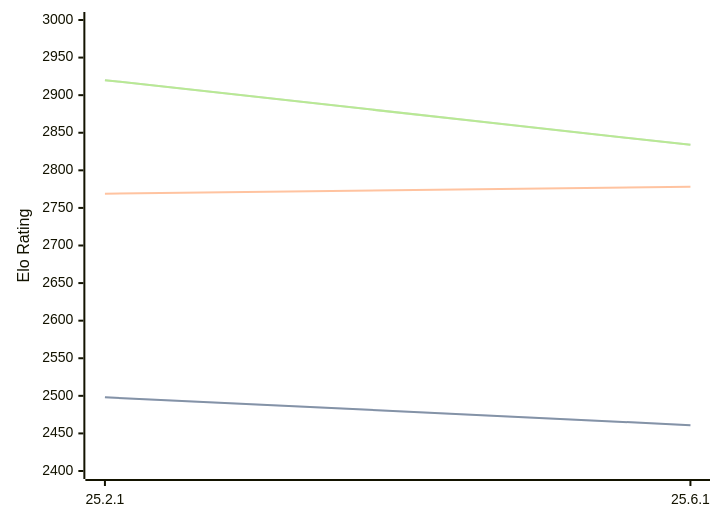
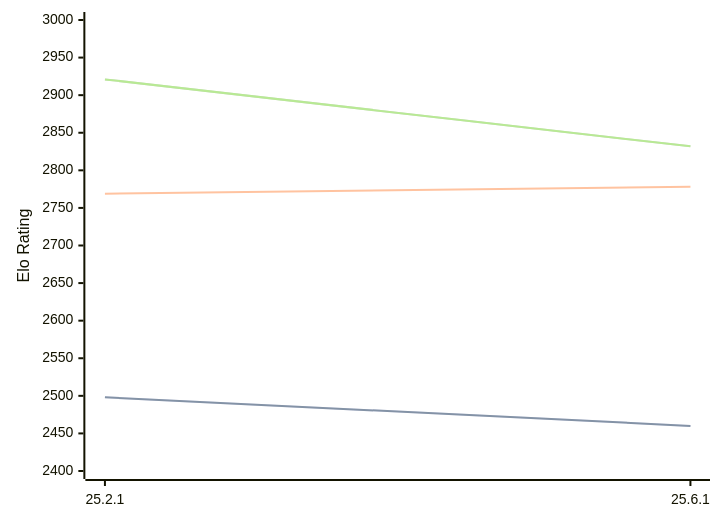
Before and after one commit to computer-chess-index/cci: the diagram in engines/Crafty.md, drawn with Mermaid. The commit also changed other lines of this file, not shown here.

Commit message:
Update CCI Ratings (ELO VLTC) - 2026-08-17

````diff
--- a/engines/Crafty.md
+++ b/engines/Crafty.md
@@ -32,11 +32,11 @@
 ```mermaid
 %%{init: {"theme":"base","themeVariables":{"seriesColors:['#a3a3a3','#222221','#faa371']}}}%%
 xychart-beta
   x-axis ["25.2.1", "25.6.1"]
   y-axis "Elo Rating" 2400 --> 3000
-  line "STC (8.0+0.08s)" [2498, 2461]
-  line "STC (8.0+0.08s)" [2498, 2461]
+  line "STC (8.0+0.08s)" [2498, 2460]
+  line "STC (8.0+0.08s)" [2498, 2460]
   line "LTC (60.0+0.60s)" [2769, 2778]
-  line "VLTC (2m24s+1.12s)" [2920, 2834]
-  line "VLTC (2m24s+1.12s)" [2920, 2834]
+  line "VLTC (2m24s+1.12s)" [2921, 2832]
+  line "VLTC (2m24s+1.12s)" [2921, 2832]
 ```
````
